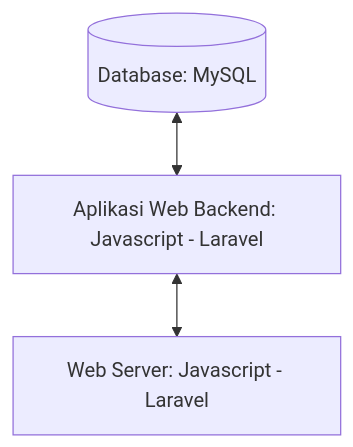
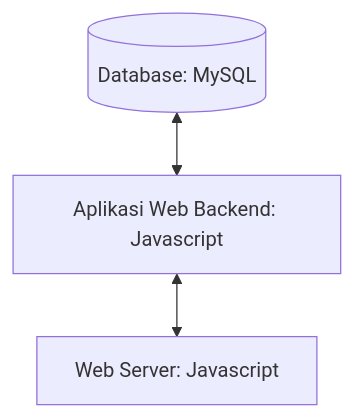
Before and after one commit to Fadhillahrizqia/Tugas-PDP: the second of 3 diagrams in Pacman1.md, drawn with Mermaid. The commit also changed other lines of this file, not shown here.

````diff
--- a/Pacman1.md
+++ b/Pacman1.md
@@ -97,4 +106,4 @@
 ```mermaid
 flowchart TD
-    id1[(Database: MySQL)] <--> id2[Aplikasi Web Backend: Javascript - Laravel] <--> id3[Web Server: Javascript - Laravel]  
+    id1[(Database: MySQL)] <--> id2[Aplikasi Web Backend: Javascript ] <--> id3[Web Server: Javascript ]  
 ```
````
